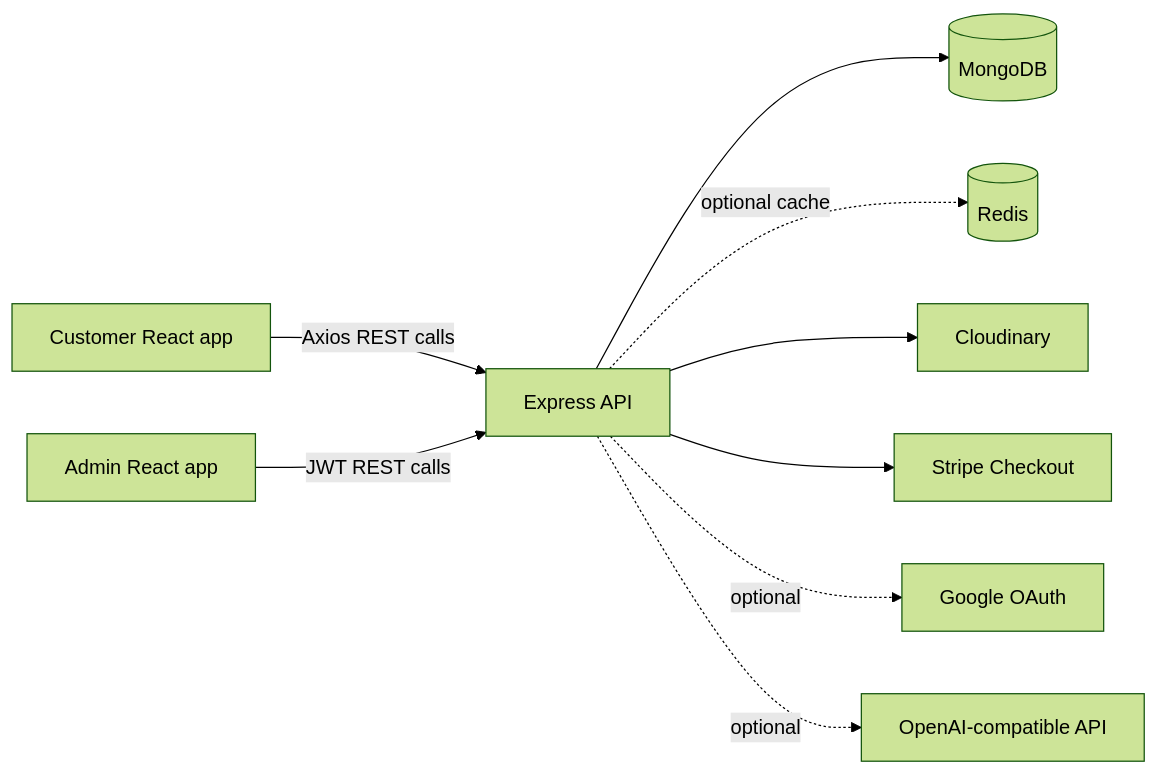
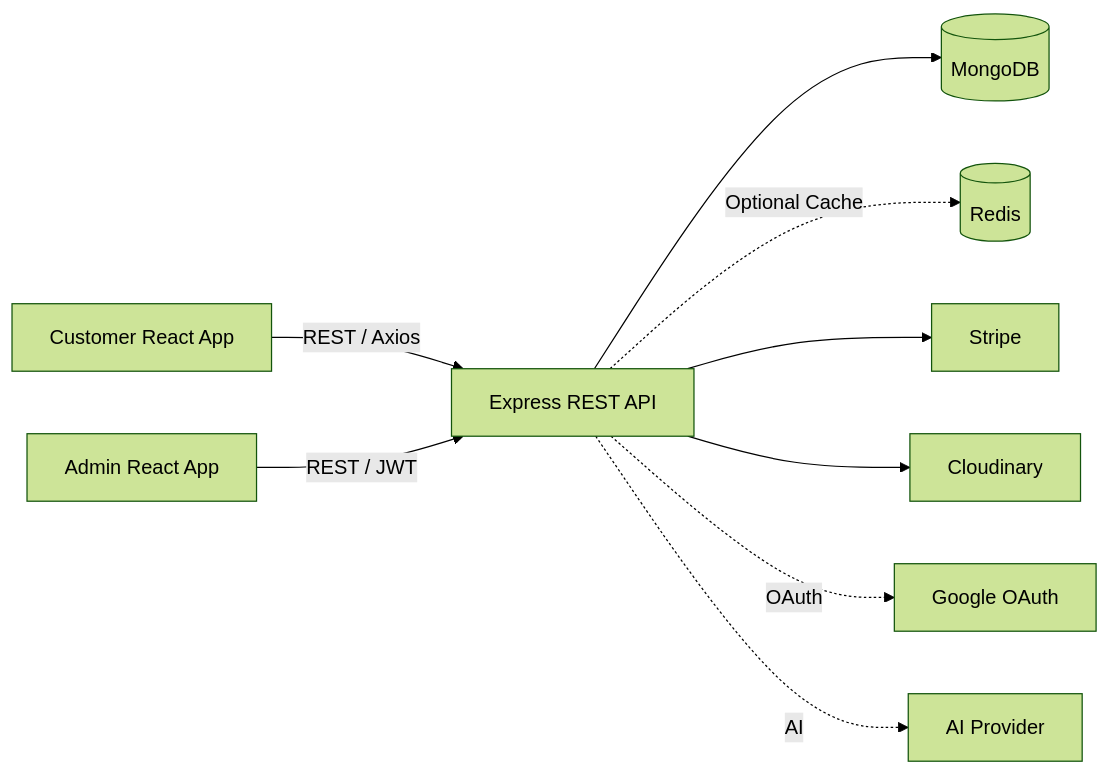
Before and after one commit to Harishvw24/Tomato: the diagram in README.md, drawn with Mermaid (forest theme). The commit also changed other lines of this file, not shown here.

````diff
--- a/README.md
+++ b/README.md
@@ -112,11 +343,27 @@
 ```mermaid
 flowchart LR
-    Customer[Customer React app] -->|Axios REST calls| API[Express API]
-    Admin[Admin React app] -->|JWT REST calls| API
-    API --> Mongo[(MongoDB)]
-    API -. optional cache .-> Redis[(Redis)]
-    API --> Cloudinary[Cloudinary]
-    API --> Stripe[Stripe Checkout]
-    API -. optional .-> Google[Google OAuth]
-    API -. optional .-> AI[OpenAI-compatible API]
+
+    Customer[Customer React App]
+    Admin[Admin React App]
+
+    API[Express REST API]
+
+    Mongo[(MongoDB)]
+    Redis[(Redis)]
+
+    Stripe[Stripe]
+    Cloudinary[Cloudinary]
+    Google[Google OAuth]
+    AI[AI Provider]
+
+    Customer -->|REST / Axios| API
+    Admin -->|REST / JWT| API
+
+    API --> Mongo
+    API -. Optional Cache .-> Redis
+
+    API --> Stripe
+    API --> Cloudinary
+    API -. OAuth .-> Google
+    API -. AI .-> AI
 ```
````
